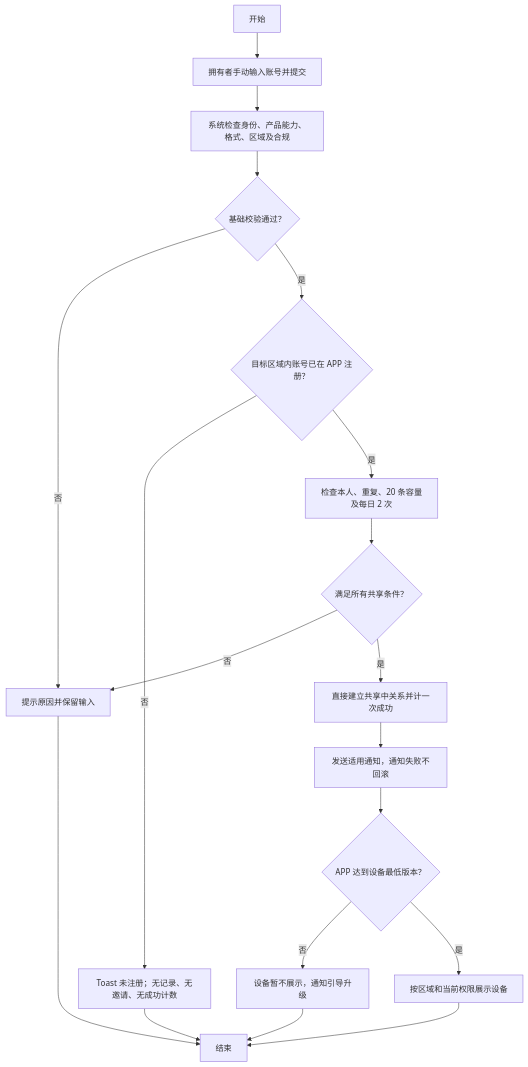
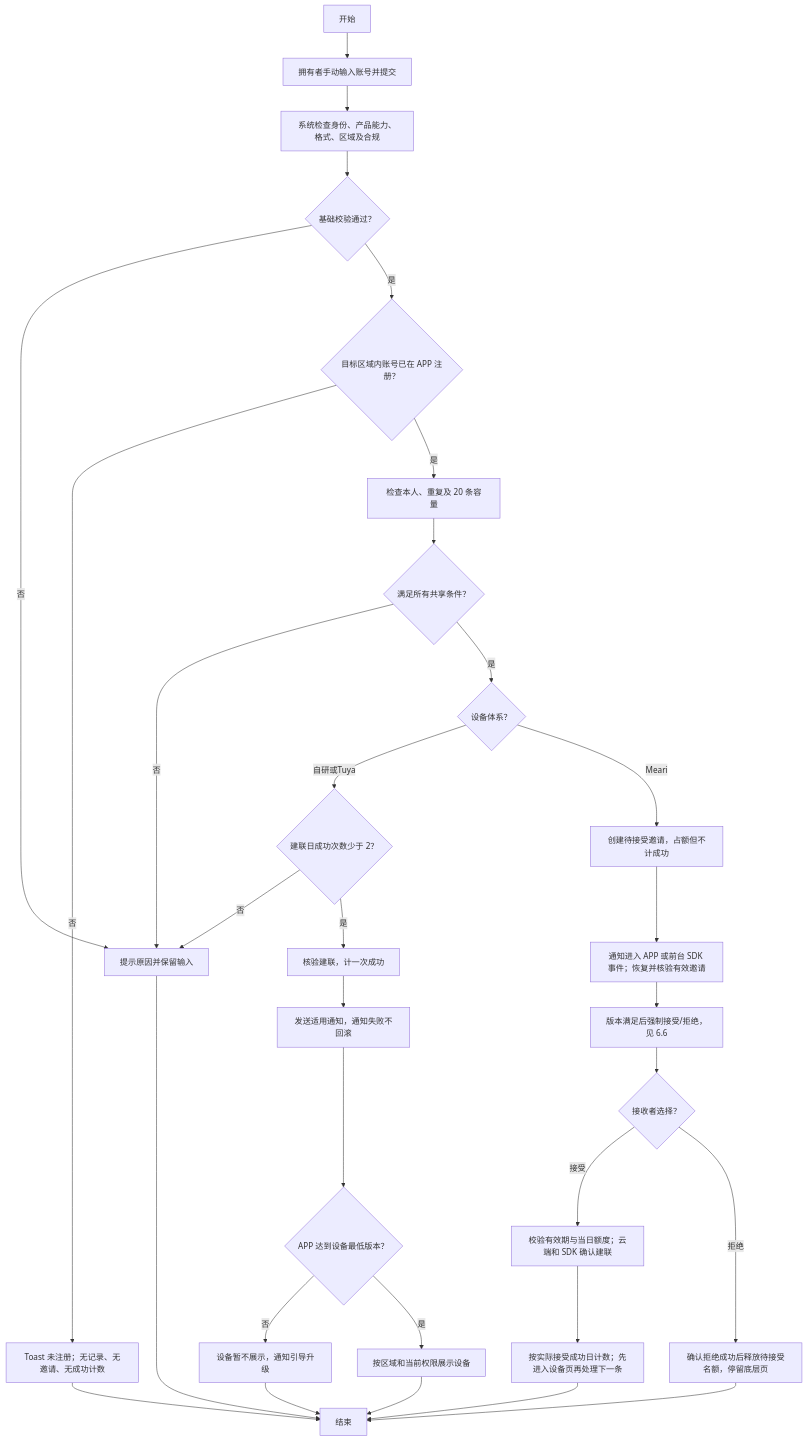
The second of 2 diagrams in prototypes/device-sharing-phase-2/prd.md (HawZZ/root-interactivable-prototype), drawn with Mermaid before and after one commit. The commit also changed other lines of this file and 6 other files, not shown here.

Commit message:
Update phase 2 device sharing invitation flow

````diff
--- a/prototypes/device-sharing-phase-2/prd.md
+++ b/prototypes/device-sharing-phase-2/prd.md
@@ -120,21 +120,33 @@
 ```mermaid
 flowchart TD
   A["开始"] --> B["拥有者手动输入账号并提交"]
   B --> C["系统检查身份、产品能力、格式、区域及合规"]
   C --> D{"基础校验通过？"}
   D -- 否 --> X["提示原因并保留输入"]
   D -- 是 --> E{"目标区域内账号已在 APP 注册？"}
   E -- 否 --> F["Toast 未注册；无记录、无邀请、无成功计数"]
-  E -- 是 --> G["检查本人、重复、20 条容量及每日 2 次"]
+  E -- 是 --> G["检查本人、重复及 20 条容量"]
   G --> H{"满足所有共享条件？"}
   H -- 否 --> X
-  H -- 是 --> I["直接建立共享中关系并计一次成功"]
+  H -- 是 --> V{"设备体系？"}
+  V -- 自研或Tuya --> DQ{"建联日成功次数少于 2？"}
+  DQ -- 否 --> X
+  DQ -- 是 --> I["核验建联，计一次成功"]
+  V -- Meari --> P["创建待接受邀请，占额但不计成功"]
+  P --> Q["通知进入 APP 或前台 SDK 事件；恢复并核验有效邀请"]
+  Q --> R["版本满足后强制接受/拒绝，见 6.6"]
+  R --> T{"接收者选择？"}
+  T -- 接受 --> U["校验有效期与当日额度；云端和 SDK 确认建联"]
+  U --> N["按实际接受成功日计数；先进入设备页再处理下一条"]
+  N --> Z
+  T -- 拒绝 --> W["确认拒绝成功后释放待接受名额，停留底层页"]
+  W --> Z
   I --> J["发送适用通知，通知失败不回滚"]
   J --> K{"APP 达到设备最低版本？"}
   K -- 否 --> L["设备暂不展示，通知引导升级"]
   K -- 是 --> M["按区域和当前权限展示设备"]
   L --> Z["结束"]
   M --> Z
   X --> Z
   F --> Z
 ```
````
